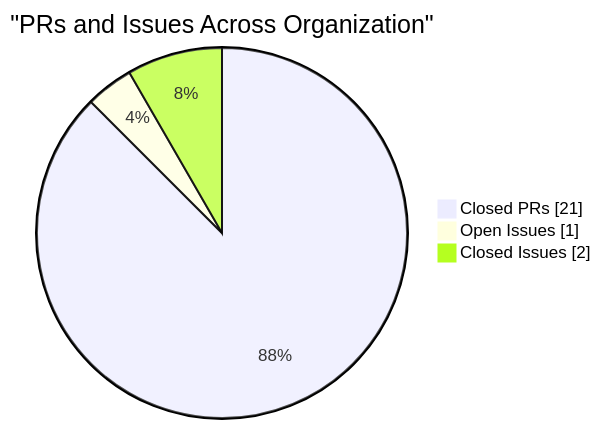
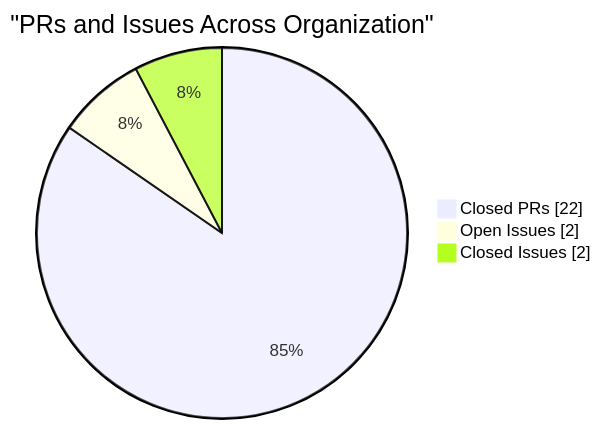
Before and after one commit to CSTH-Projects/.github: the fourth of 4 diagrams in profile/README.md, drawn with Mermaid. The commit also changed other lines of this file, not shown here.

````diff
--- a/profile/README.md
+++ b/profile/README.md
@@ -100,7 +100,7 @@
 ```mermaid
 pie showData
     title "PRs and Issues Across Organization"
-    "Closed PRs" : 21
-    "Open Issues" : 1
+    "Closed PRs" : 22
+    "Open Issues" : 2
     "Closed Issues" : 2
 ```
````
